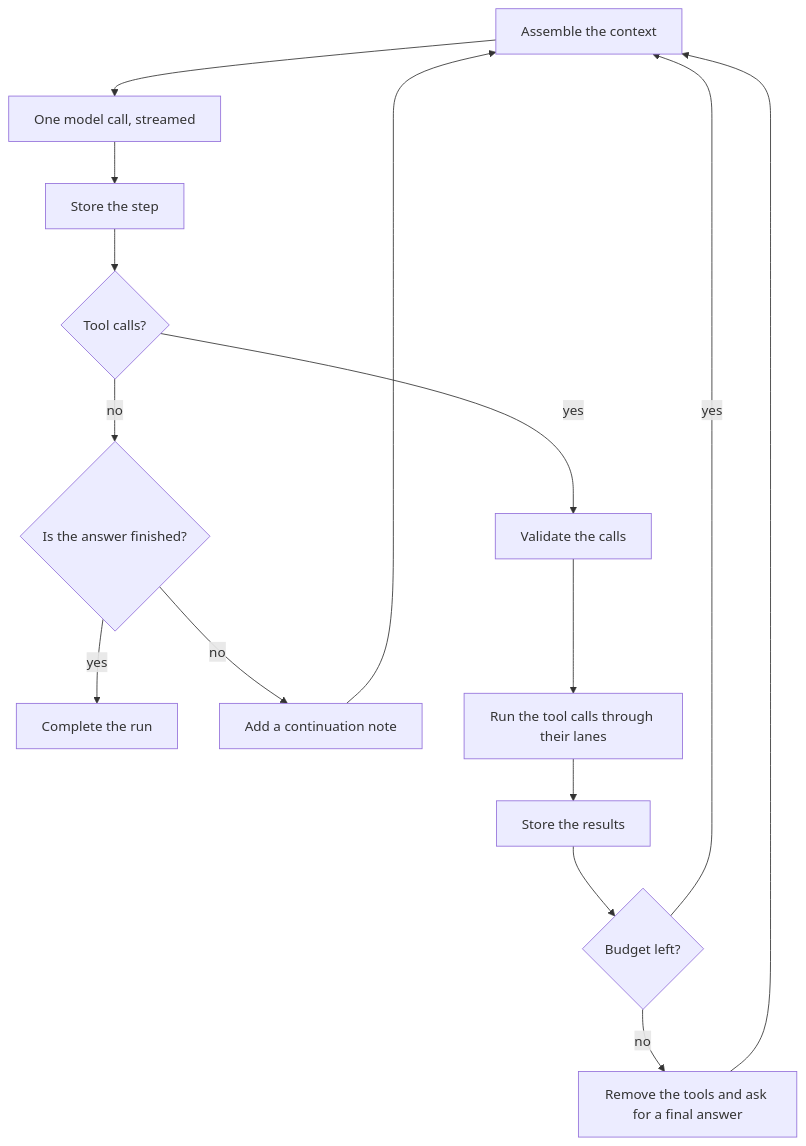
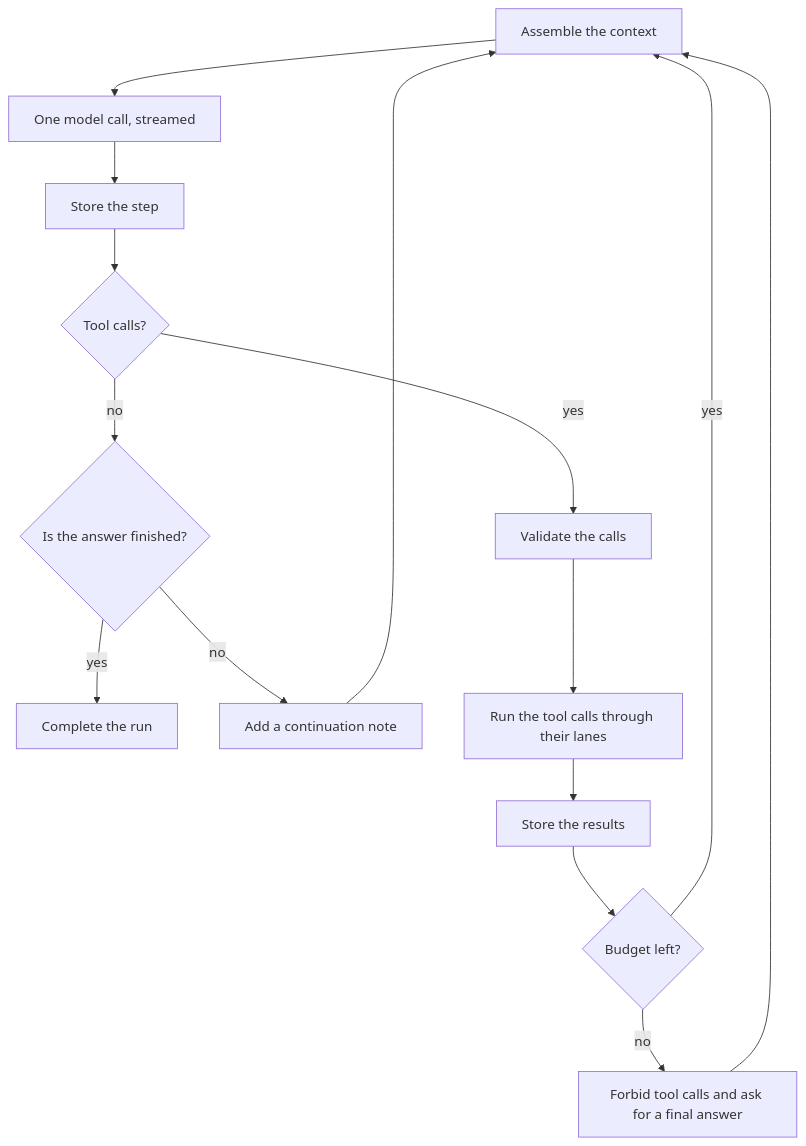
The diagram in docs/architecture/agent-runtime.md (limbon2/mannie), drawn with Mermaid before and after one commit. The commit also changed other lines of this file and 341 other files, not shown here.

````diff
--- a/docs/architecture/agent-runtime.md
+++ b/docs/architecture/agent-runtime.md
@@ -27,15 +27,15 @@
 ```mermaid
 flowchart TD
   A[Assemble the context] --> B[One model call, streamed]
   B --> C[Store the step]
   C --> D{Tool calls?}
   D -- no --> E{Is the answer finished?}
   E -- yes --> F[Complete the run]
   E -- no --> G[Add a continuation note] --> A
   D -- yes --> H[Validate the calls]
   H --> I[Run the tool calls through their lanes]
   I --> J[Store the results]
   J --> K{Budget left?}
   K -- yes --> A
-  K -- no --> L[Remove the tools and ask for a final answer] --> A
+  K -- no --> L[Forbid tool calls and ask for a final answer] --> A
 ```
````
